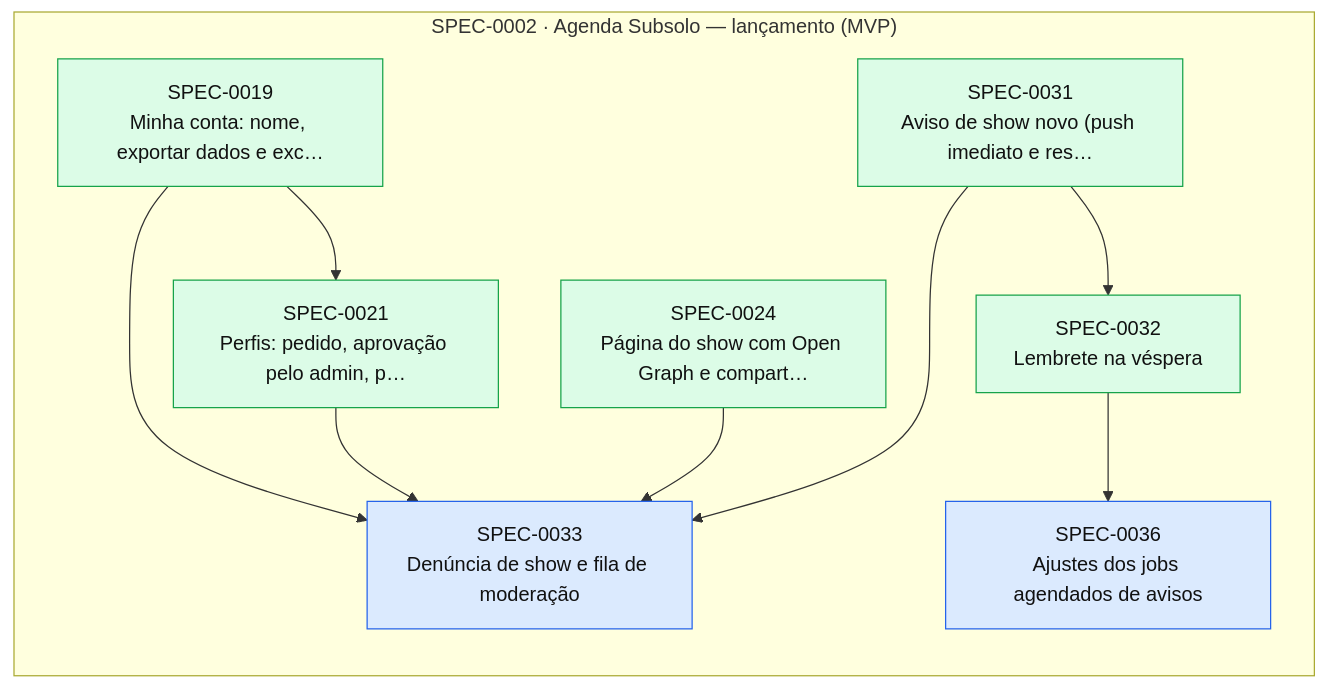
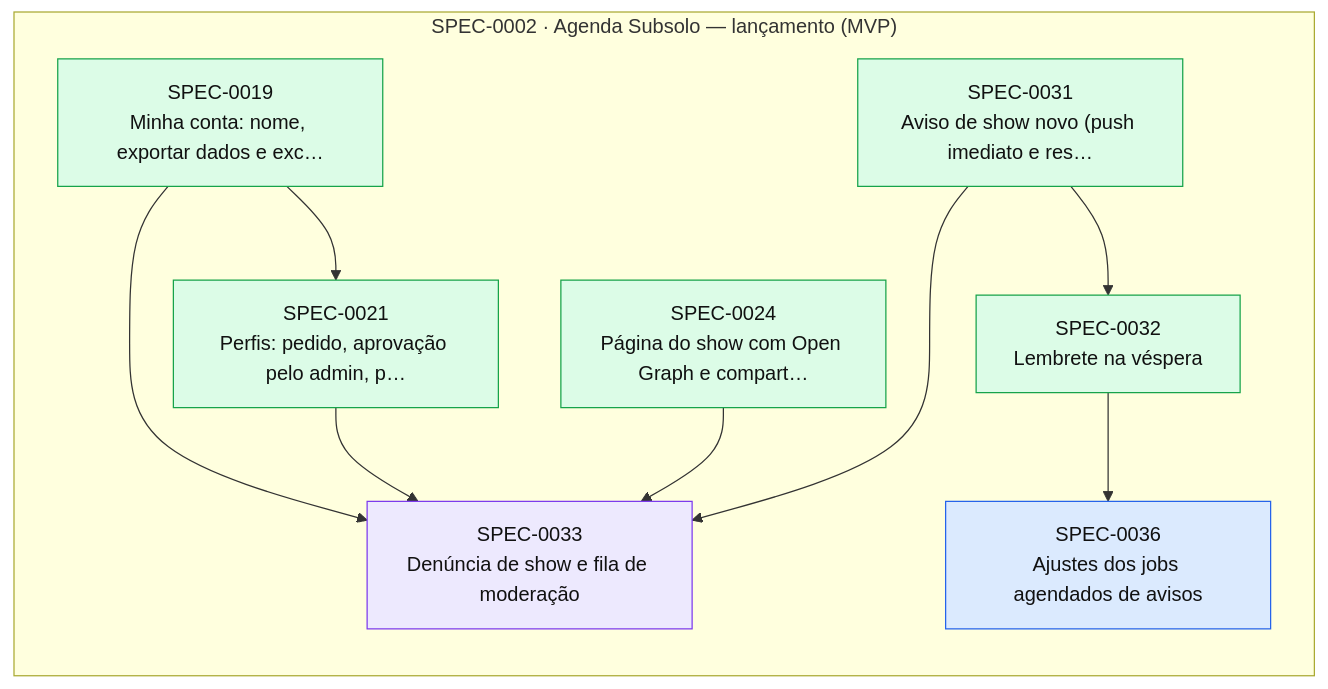
Before and after one commit to thomasravache/subsolo: the diagram in docs/specs/INDEX.md, drawn with Mermaid. The commit also changed other lines of this file and 1 other file, not shown here.

First line of the commit message:
docs(sdd): amend SPEC-0033 contract v2 and start execution

````diff
--- a/docs/specs/INDEX.md
+++ b/docs/specs/INDEX.md
@@ -67,24 +67,24 @@
 ```mermaid
 flowchart LR
   subgraph E0002["SPEC-0002 · Agenda Subsolo — lançamento (MVP)"]
     S0019["SPEC-0019<br/>Minha conta: nome, exportar dados e exc…"]:::implemented
     S0021["SPEC-0021<br/>Perfis: pedido, aprovação pelo admin, p…"]:::implemented
     S0024["SPEC-0024<br/>Página do show com Open Graph e compart…"]:::implemented
     S0031["SPEC-0031<br/>Aviso de show novo (push imediato e res…"]:::implemented
     S0032["SPEC-0032<br/>Lembrete na véspera"]:::implemented
-    S0033["SPEC-0033<br/>Denúncia de show e fila de moderação"]:::approved
+    S0033["SPEC-0033<br/>Denúncia de show e fila de moderação"]:::inprogress
     S0036["SPEC-0036<br/>Ajustes dos jobs agendados de avisos"]:::approved
   end
   S0019 --> S0021
   S0031 --> S0032
   S0019 --> S0033
   S0021 --> S0033
   S0024 --> S0033
   S0031 --> S0033
   S0032 --> S0036
   classDef proposed fill:#fef3c7,stroke:#d97706,color:#111
   classDef approved fill:#dbeafe,stroke:#2563eb,color:#111
   classDef inprogress fill:#ede9fe,stroke:#7c3aed,color:#111
   classDef implemented fill:#dcfce7,stroke:#16a34a,color:#111
   classDef deprecated fill:#f3f4f6,stroke:#9ca3af,color:#6b7280
 ```
````
